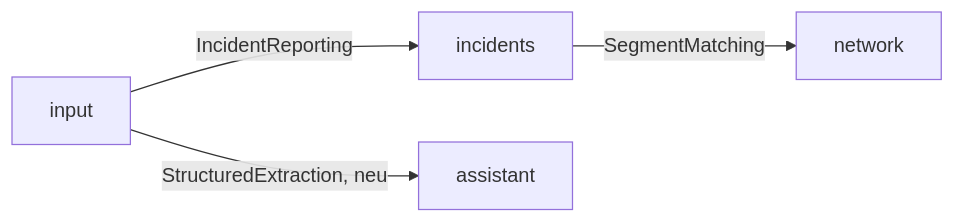
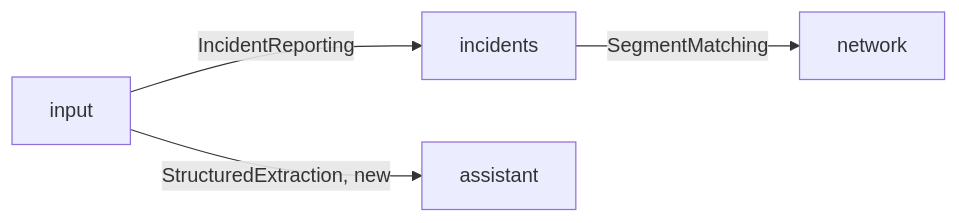
Before and after one commit to kehrbros/nofrustrationvacation: the second of 2 diagrams in Docs/traffic-feed.md, drawn with Mermaid. The commit also changed other lines of this file and 136 other files, not shown here.

````diff
--- a/Docs/traffic-feed.md
+++ b/Docs/traffic-feed.md
@@ -291,6 +291,6 @@
 ```mermaid
 flowchart LR
     input -->|IncidentReporting| incidents
-    input -->|StructuredExtraction, neu| assistant
+    input -->|StructuredExtraction, new| assistant
     incidents -->|SegmentMatching| network
 ```
````
